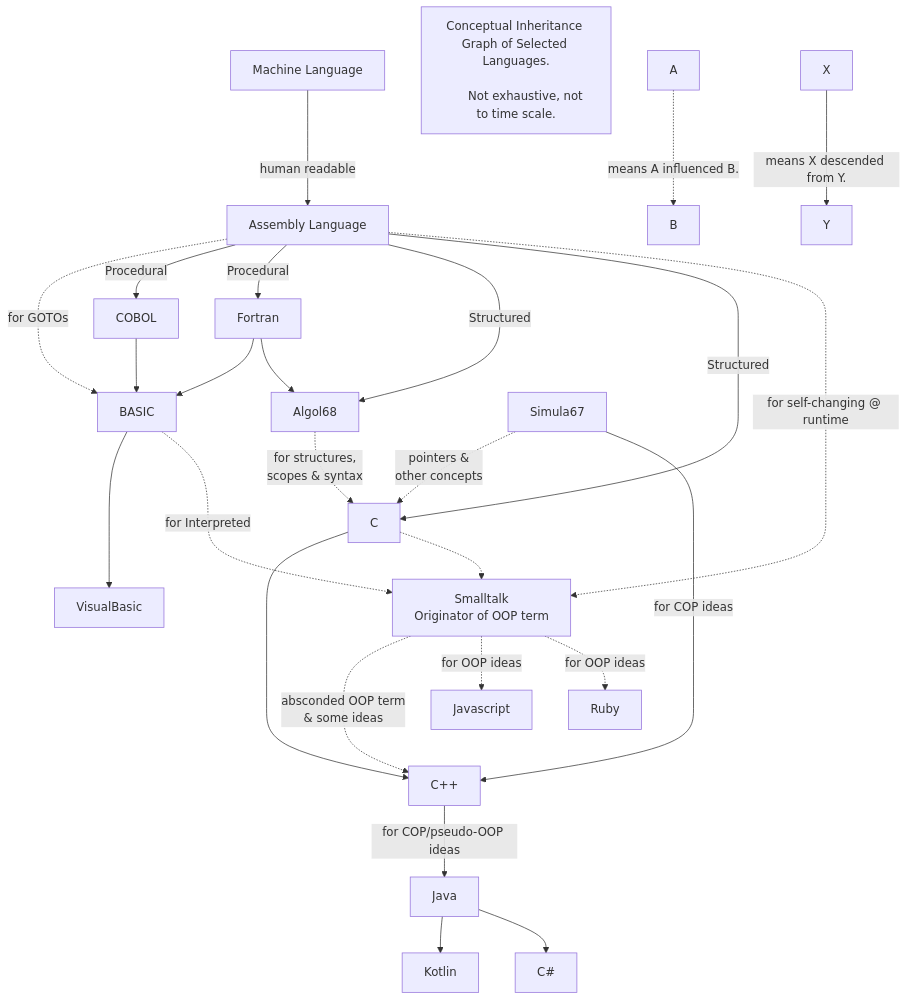
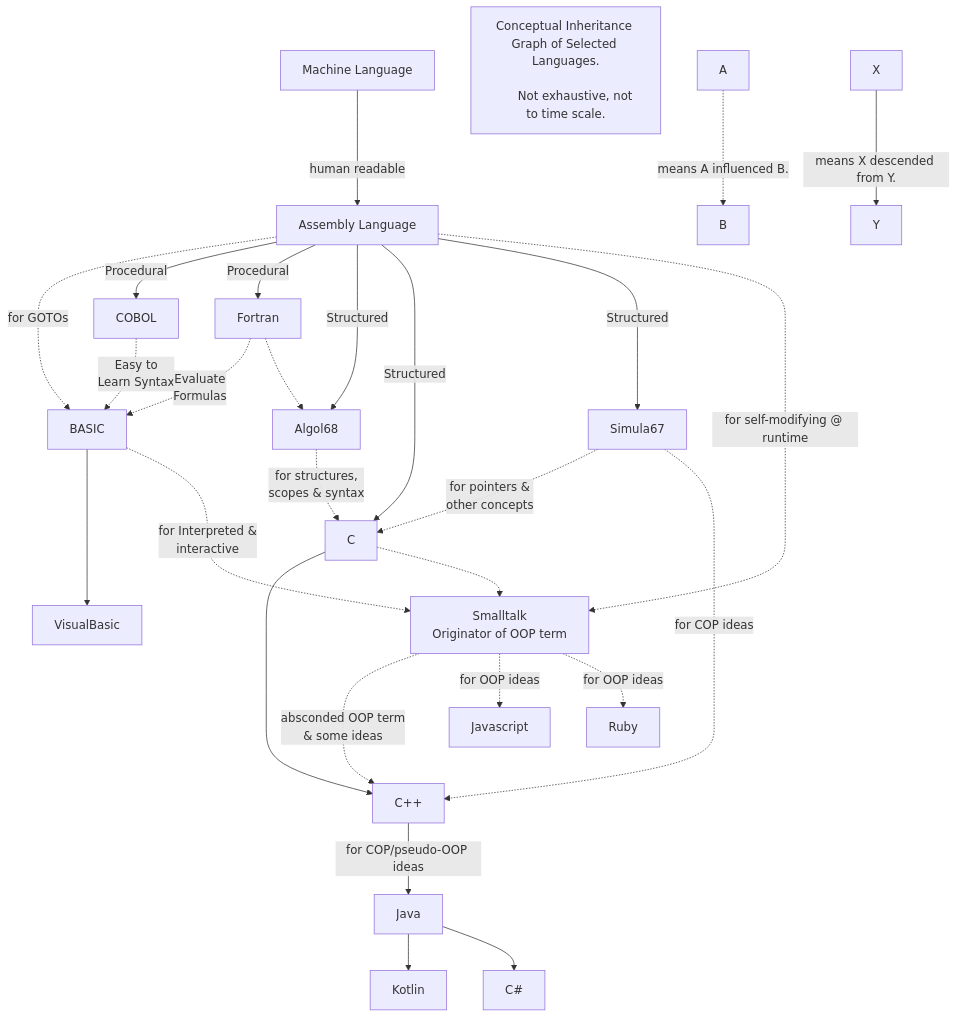
The diagram in 13-Conclusion.md (realityexpander/How_to_program_from_ground_up), drawn with Mermaid before and after one commit.

Commit message:
improve graph

````diff
--- a/13-Conclusion.md
+++ b/13-Conclusion.md
@@ -23,38 +23,42 @@
   ```mermaid
     graph TB
         MachineLanguage[Machine Language] -->|human readable| AssemblyLanguage
         AssemblyLanguage[Assembly Language] -.->|for GOTOs|Basic
         AssemblyLanguage[Assembly Language] -->|Procedural|COBOL
         AssemblyLanguage[Assembly Language] -->|Procedural|Fortran
         AssemblyLanguage[Assembly Language] -->|Structured|Algol68
         AssemblyLanguage[Assembly Language] -->|Structured|C
-        COBOL["COBOL"] -->Basic
+        AssemblyLanguage[Assembly Language] -->|Structured|Simula67
+        COBOL["COBOL"] -.->|Easy to 
+                            Learn Syntax|Basic
         Basic["BASIC"] ---> VisualBasic
-        Fortran["Fortran"] -->Basic
-        Algol68[Algol68] -.->|for structures, 
-                             scopes & syntax|C
-        Simula67["Simula67"] -.->|pointers & 
-                                  other concepts|C
+        Fortran["Fortran"] -.->|Evaluate 
+                                Formulas|Basic
+        Algol68[Algol68] -.->|"for structures, 
+                             scopes & syntax"|C
+        Simula67["Simula67"] -.->|"for pointers & 
+                                  other concepts"|C
         C["C"] -->Cplusplus
         C -.->Smalltalk
-        Simula67 -->|for COP ideas|Cplusplus
+        Simula67 -.->|for COP ideas|Cplusplus
         Cplusplus["C++"] -->|for COP/pseudo-OOP ideas|Java
-        Smalltalk -..->|absconded OOP term 
-                        & some ideas|Cplusplus
+        Smalltalk -..->|"absconded OOP term 
+                        & some ideas"|Cplusplus
         Java[Java] -->Kotlin
         Java -->CSharp
         CSharp["C#"]
-        Fortran -->Algol68
+        Fortran -.->Algol68
         Smalltalk["Smalltalk
                   Originator of OOP term"] -.->|for OOP ideas|Javascript
         Smalltalk -.->|for OOP ideas|Ruby
-        Basic -.-> |for Interpreted|Smalltalk
-        AssemblyLanguage-.->|for self-changing @ runtime|Smalltalk
+        Basic -.-> |for Interpreted & 
+                    interactive|Smalltalk
+        AssemblyLanguage-.->|for self-modifying @ runtime|Smalltalk
     
     Note["Conceptual Inheritance Graph of Selected Languages.
           
           Not exhaustive, not to time scale."]
     A -.-> |means A influenced B.| B
     X --> |means X descended from Y.| Y
     
   ```
````
